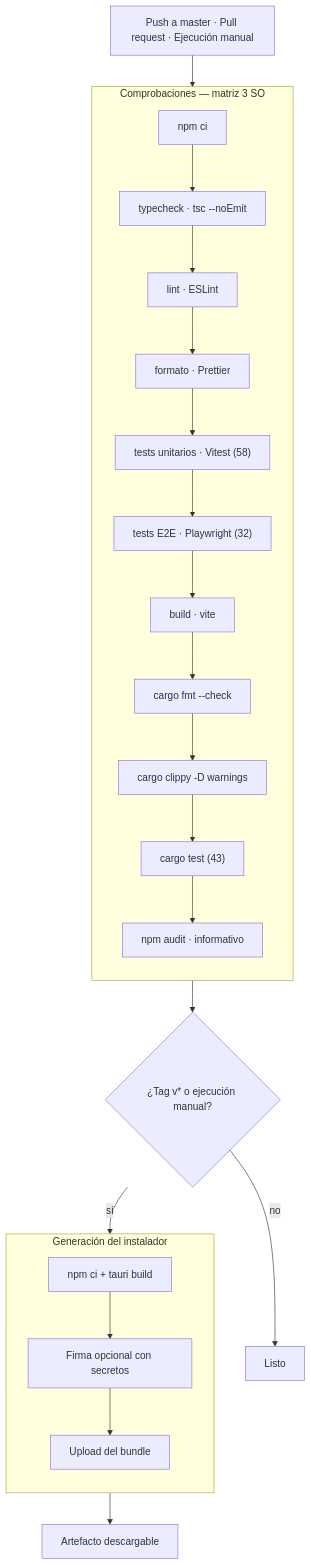
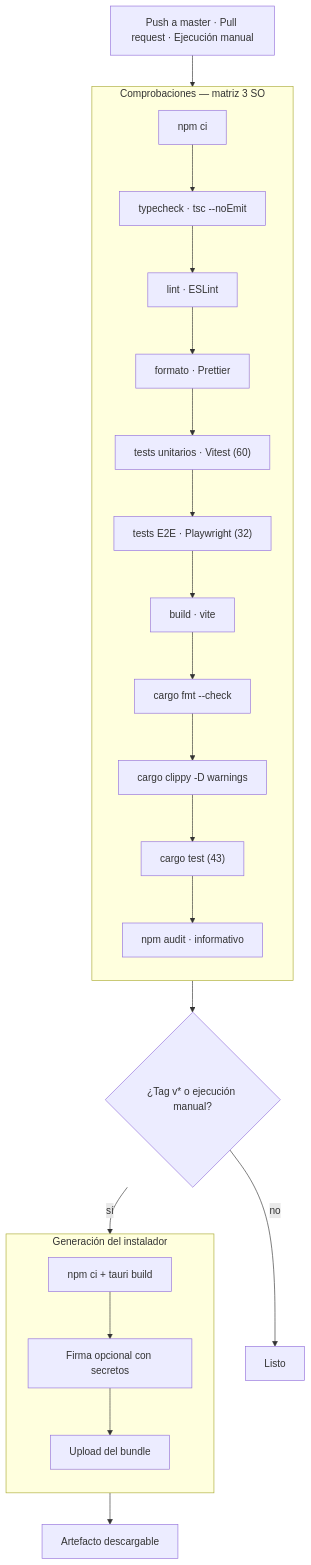
Before and after one commit to YordanoCS1/sakura-music: the diagram in docs/pipeline.md, drawn with Mermaid. The commit also changed 28 other files, not shown here.

````diff
--- a/docs/pipeline.md
+++ b/docs/pipeline.md
@@ -7,29 +7,29 @@
 ```mermaid
 flowchart TD
     IN["Push a master · Pull request · Ejecución manual"] --> CHK
 
     subgraph CHK["Comprobaciones — matriz 3 SO"]
       direction TB
       S1["npm ci"] --> S2["typecheck · tsc --noEmit"]
       S2 --> S3["lint · ESLint"]
       S3 --> S4["formato · Prettier"]
-      S4 --> S5["tests unitarios · Vitest (58)"]
+      S4 --> S5["tests unitarios · Vitest (60)"]
       S5 --> S6["tests E2E · Playwright (32)"]
       S6 --> S7["build · vite"]
       S7 --> S8["cargo fmt --check"]
       S8 --> S9["cargo clippy -D warnings"]
       S9 --> S10["cargo test (43)"]
       S10 --> S11["npm audit · informativo"]
     end
 
     CHK --> GATE{"¿Tag v* o ejecución manual?"}
     GATE -->|"no"| FIN["Listo"]
     GATE -->|"sí"| BUILD["Job build · windows-latest"]
 
     subgraph BUILD["Generación del instalador"]
       direction TB
       B1["npm ci + tauri build"] --> B2["Firma opcional con secretos"] --> B3["Upload del bundle"]
     end
 
     BUILD --> FIN2["Artefacto descargable"]
 ```
````
